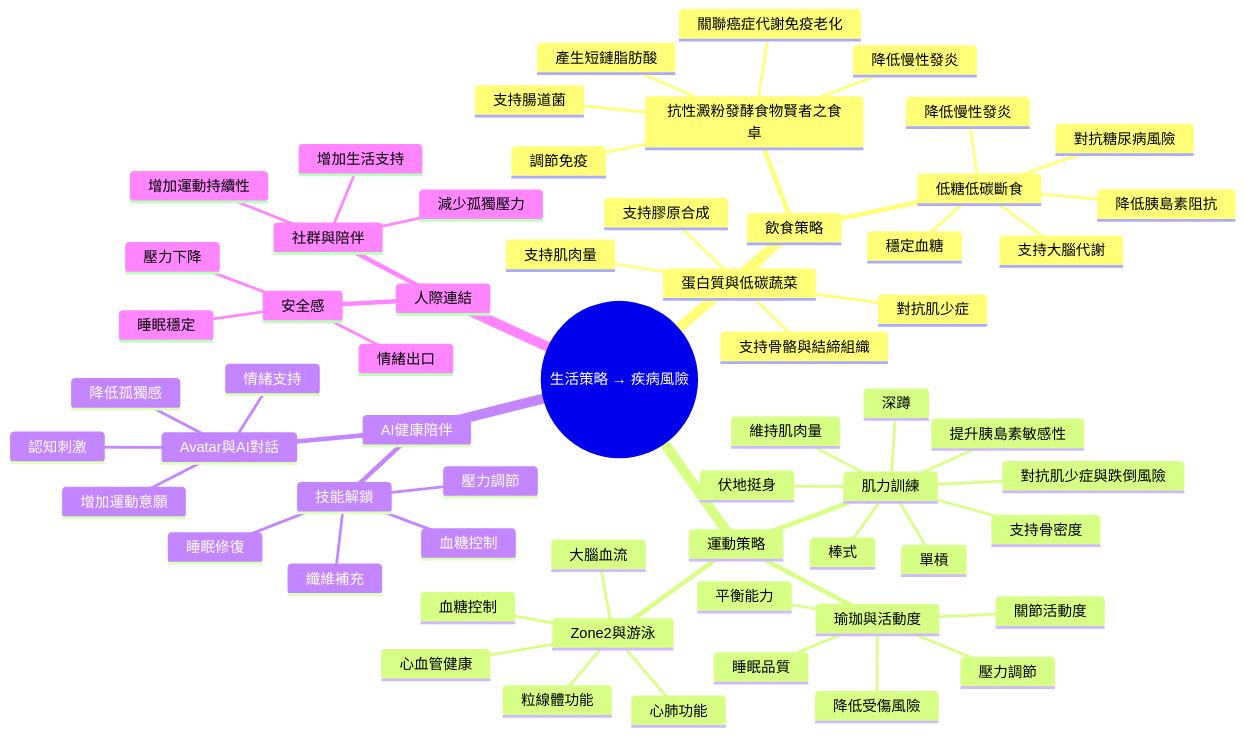
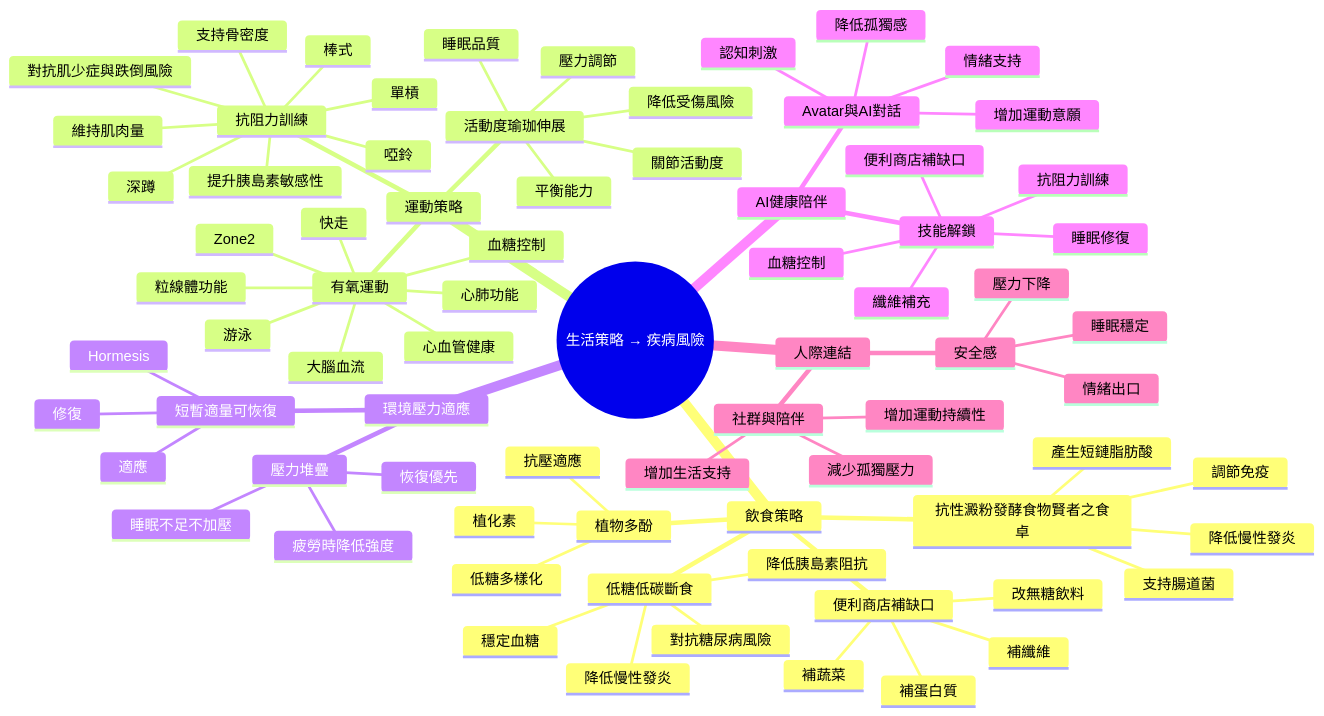
One commit to WangChengYeh/150-year-old changed the second of 3 diagrams in mindmap.md. Above: the diagram before and after it, drawn with Mermaid. The commit also changed other lines of this file, not shown here.

Commit message:
Align mindmap with exercise taxonomy and stressors model

````diff
--- a/mindmap.md
+++ b/mindmap.md
@@ -238,64 +241,79 @@
 ```mermaid
 mindmap
   root((生活策略 → 疾病風險))
     飲食策略
       低糖低碳斷食
         穩定血糖
         降低胰島素阻抗
         對抗糖尿病風險
         降低慢性發炎
-        支持大腦代謝
       抗性澱粉發酵食物賢者之食卓
         支持腸道菌
         產生短鏈脂肪酸
         調節免疫
         降低慢性發炎
-        關聯癌症代謝免疫老化
-      蛋白質與低碳蔬菜
-        支持肌肉量
-        支持膠原合成
-        支持骨骼與結締組織
-        對抗肌少症
+      便利商店補缺口
+        補蛋白質
+        補蔬菜
+        補纖維
+        改無糖飲料
+      植物多酚
+        抗壓適應
+        植化素
+        低糖多樣化
     運動策略
-      Zone2與游泳
+      有氧運動
+        Zone2
+        游泳
+        快走
         心肺功能
         粒線體功能
         血糖控制
         心血管健康
         大腦血流
-      肌力訓練
+      抗阻力訓練
+        單槓
+        啞鈴
         深蹲
-        單槓
-        伏地挺身
         棒式
         維持肌肉量
         提升胰島素敏感性
         支持骨密度
         對抗肌少症與跌倒風險
-      瑜珈與活動度
+      活動度瑜珈伸展
         壓力調節
         關節活動度
         平衡能力
         睡眠品質
         降低受傷風險
+    環境壓力適應
+      短暫適量可恢復
+        Hormesis
+        適應
+        修復
+      壓力堆疊
+        睡眠不足不加壓
+        疲勞時降低強度
+        恢復優先
     AI健康陪伴
       Avatar與AI對話
         增加運動意願
         降低孤獨感
         認知刺激
         情緒支持
       技能解鎖
         血糖控制
         纖維補充
+        便利商店補缺口
         睡眠修復
-        壓力調節
+        抗阻力訓練
     人際連結
       安全感
         壓力下降
         睡眠穩定
         情緒出口
       社群與陪伴
         增加運動持續性
         減少孤獨壓力
         增加生活支持
 ```
````
